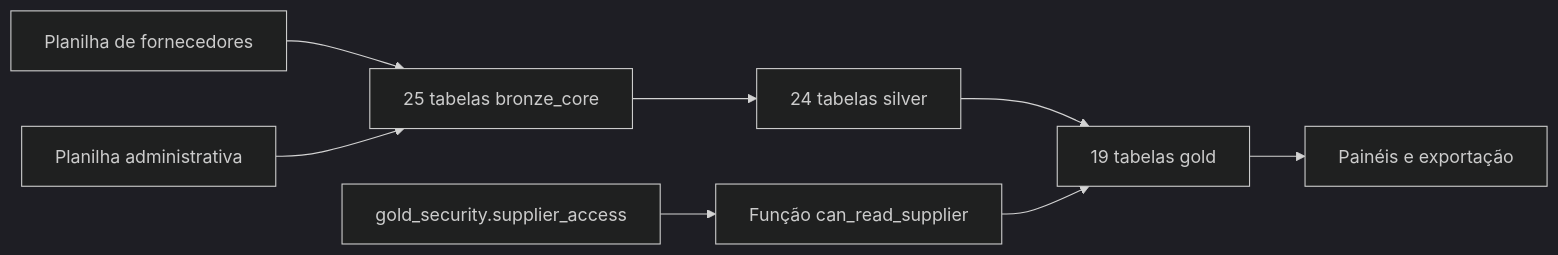
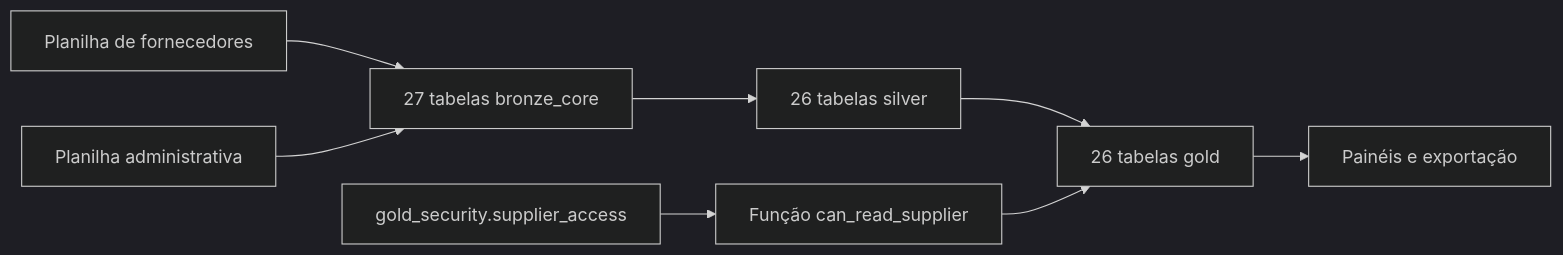
The first of 2 diagrams in database/DATABRICKS.md (Solierrr/databricks-stocker), drawn with Mermaid (dark theme) before and after one commit. The commit also changed other lines of this file and 13 other files, not shown here.

````diff
--- a/database/DATABRICKS.md
+++ b/database/DATABRICKS.md
@@ -9,10 +9,10 @@
 ```mermaid
 flowchart LR
-  F[Planilha de fornecedores] --> B[25 tabelas bronze_core]
+  F[Planilha de fornecedores] --> B[27 tabelas bronze_core]
   A[Planilha administrativa] --> B
-  B --> S[24 tabelas silver]
-  S --> G[19 tabelas gold]
+  B --> S[26 tabelas silver]
+  S --> G[26 tabelas gold]
   P[gold_security.supplier_access] --> R[Função can_read_supplier]
   R --> G
   G --> D[Painéis e exportação]
 ```
````
